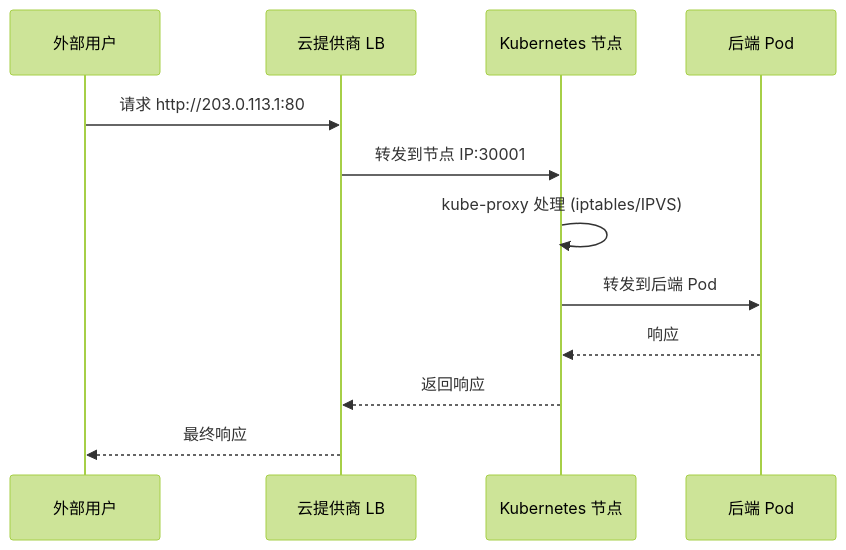
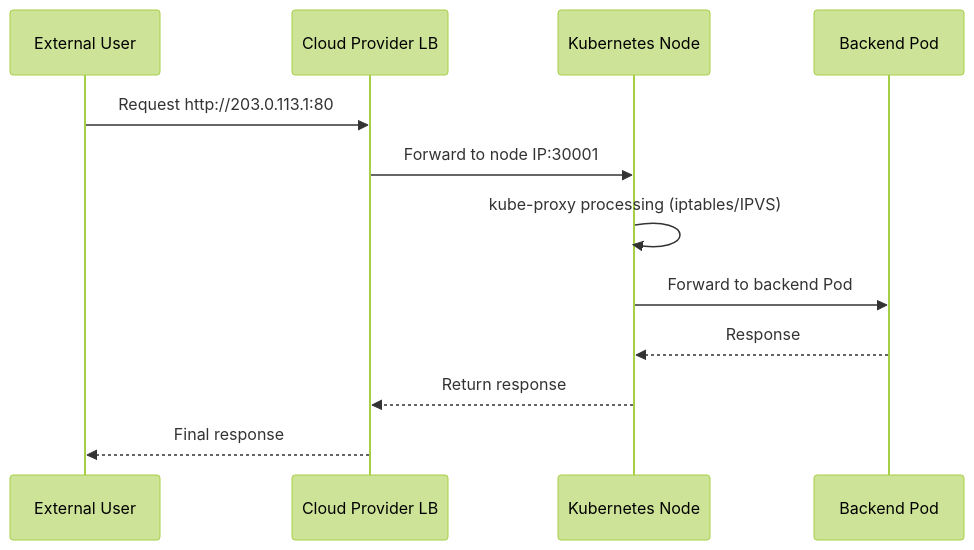
One commit to liweinan/deepseek-answers changed the second of 8 diagrams in files/k8s-lb.md. Above: the diagram before and after it, drawn with Mermaid (forest theme). The commit also changed other lines of this file and 135 other files, not shown here.

````diff
--- a/files/k8s-lb.md
+++ b/files/k8s-lb.md
@@ -227,15 +227,15 @@
 ```mermaid
 sequenceDiagram
-    participant User as 外部用户
-    participant LB as 云提供商 LB
-    participant Node as Kubernetes 节点
-    participant Pod as 后端 Pod
+    participant User as External User
+    participant LB as Cloud Provider LB
+    participant Node as Kubernetes Node
+    participant Pod as Backend Pod
 
-    User->>LB: 请求 http://203.0.113.1:80
-    LB->>Node: 转发到节点 IP:30001
-    Node->>Node: kube-proxy 处理 (iptables/IPVS)
-    Node->>Pod: 转发到后端 Pod
-    Pod-->>Node: 响应
-    Node-->>LB: 返回响应
-    LB-->>User: 最终响应
+    User->>LB: Request http://203.0.113.1:80
+    LB->>Node: Forward to node IP:30001
+    Node->>Node: kube-proxy processing (iptables/IPVS)
+    Node->>Pod: Forward to backend Pod
+    Pod-->>Node: Response
+    Node-->>LB: Return response
+    LB-->>User: Final response
 ```
````
